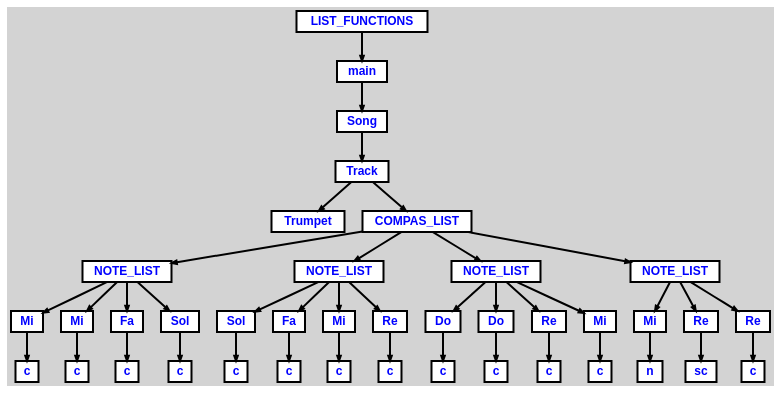
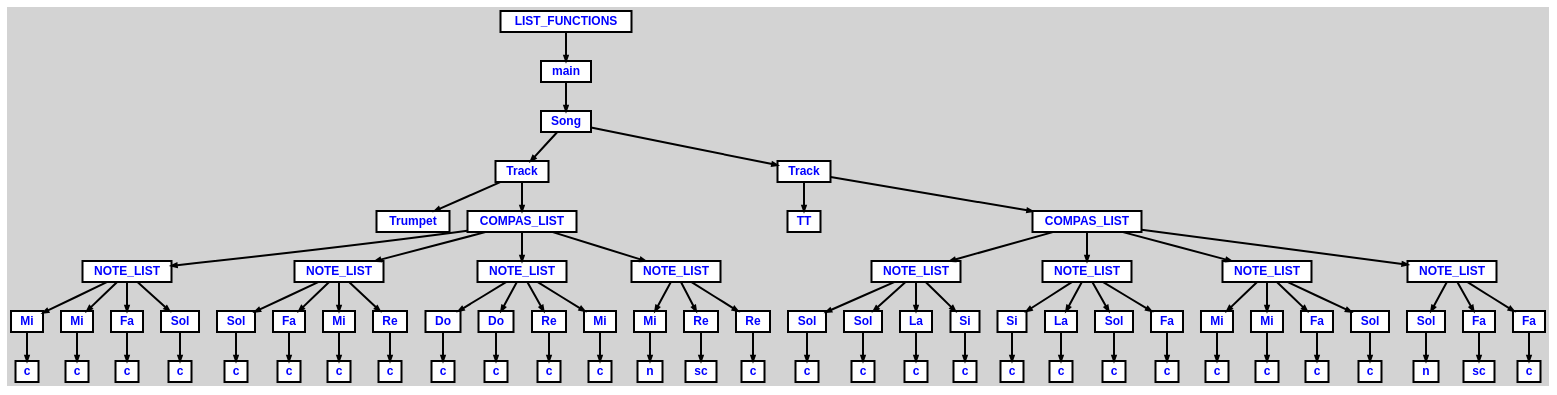
The diagram in tree.dot (mariofv/A-Music-Language), drawn with Graphviz before and after one commit. The commit also changed 5 other files, not shown here.

```diff
--- a/tree.dot
+++ b/tree.dot
@@ -69,6 +69,64 @@
   n38 [label="Re"];
   n38 [label="Re"];
   n39 [label="c"];
+  n40 [label="Track"];
+  n40 [label="Track"];
+  n41 [label="TT"];
+  n42 [label="COMPAS_LIST"];
+  n42 [label="COMPAS_LIST"];
+  n43 [label="NOTE_LIST"];
+  n43 [label="NOTE_LIST"];
+  n44 [label="Sol"];
+  n44 [label="Sol"];
+  n45 [label="c"];
+  n46 [label="Sol"];
+  n46 [label="Sol"];
+  n47 [label="c"];
+  n48 [label="La"];
+  n48 [label="La"];
+  n49 [label="c"];
+  n50 [label="Si"];
+  n50 [label="Si"];
+  n51 [label="c"];
+  n52 [label="NOTE_LIST"];
+  n52 [label="NOTE_LIST"];
+  n53 [label="Si"];
+  n53 [label="Si"];
+  n54 [label="c"];
+  n55 [label="La"];
+  n55 [label="La"];
+  n56 [label="c"];
+  n57 [label="Sol"];
+  n57 [label="Sol"];
+  n58 [label="c"];
+  n59 [label="Fa"];
+  n59 [label="Fa"];
+  n60 [label="c"];
+  n61 [label="NOTE_LIST"];
+  n61 [label="NOTE_LIST"];
+  n62 [label="Mi"];
+  n62 [label="Mi"];
+  n63 [label="c"];
+  n64 [label="Mi"];
+  n64 [label="Mi"];
+  n65 [label="c"];
+  n66 [label="Fa"];
+  n66 [label="Fa"];
+  n67 [label="c"];
+  n68 [label="Sol"];
+  n68 [label="Sol"];
+  n69 [label="c"];
+  n70 [label="NOTE_LIST"];
+  n70 [label="NOTE_LIST"];
+  n71 [label="Sol"];
+  n71 [label="Sol"];
+  n72 [label="n"];
+  n73 [label="Fa"];
+  n73 [label="Fa"];
+  n74 [label="sc"];
+  n75 [label="Fa"];
+  n75 [label="Fa"];
+  n76 [label="c"];
 
   n0 -> n1 // "LIST_FUNCTIONS" -> "main"
   n1 -> n2 // "main" -> "Song"
@@ -109,5 +167,42 @@
   n36 -> n37 // "Re" -> "sc"
   n33 -> n38 // "NOTE_LIST" -> "Re"
   n38 -> n39 // "Re" -> "c"
+  n2 -> n40 // "Song" -> "Track"
+  n40 -> n41 // "Track" -> "TT"
+  n40 -> n42 // "Track" -> "COMPAS_LIST"
+  n42 -> n43 // "COMPAS_LIST" -> "NOTE_LIST"
+  n43 -> n44 // "NOTE_LIST" -> "Sol"
+  n44 -> n45 // "Sol" -> "c"
+  n43 -> n46 // "NOTE_LIST" -> "Sol"
+  n46 -> n47 // "Sol" -> "c"
+  n43 -> n48 // "NOTE_LIST" -> "La"
+  n48 -> n49 // "La" -> "c"
+  n43 -> n50 // "NOTE_LIST" -> "Si"
+  n50 -> n51 // "Si" -> "c"
+  n42 -> n52 // "COMPAS_LIST" -> "NOTE_LIST"
+  n52 -> n53 // "NOTE_LIST" -> "Si"
+  n53 -> n54 // "Si" -> "c"
+  n52 -> n55 // "NOTE_LIST" -> "La"
+  n55 -> n56 // "La" -> "c"
+  n52 -> n57 // "NOTE_LIST" -> "Sol"
+  n57 -> n58 // "Sol" -> "c"
+  n52 -> n59 // "NOTE_LIST" -> "Fa"
+  n59 -> n60 // "Fa" -> "c"
+  n42 -> n61 // "COMPAS_LIST" -> "NOTE_LIST"
+  n61 -> n62 // "NOTE_LIST" -> "Mi"
+  n62 -> n63 // "Mi" -> "c"
+  n61 -> n64 // "NOTE_LIST" -> "Mi"
+  n64 -> n65 // "Mi" -> "c"
+  n61 -> n66 // "NOTE_LIST" -> "Fa"
+  n66 -> n67 // "Fa" -> "c"
+  n61 -> n68 // "NOTE_LIST" -> "Sol"
+  n68 -> n69 // "Sol" -> "c"
+  n42 -> n70 // "COMPAS_LIST" -> "NOTE_LIST"
+  n70 -> n71 // "NOTE_LIST" -> "Sol"
+  n71 -> n72 // "Sol" -> "n"
+  n70 -> n73 // "NOTE_LIST" -> "Fa"
+  n73 -> n74 // "Fa" -> "sc"
+  n70 -> n75 // "NOTE_LIST" -> "Fa"
+  n75 -> n76 // "Fa" -> "c"
 
 }
```
